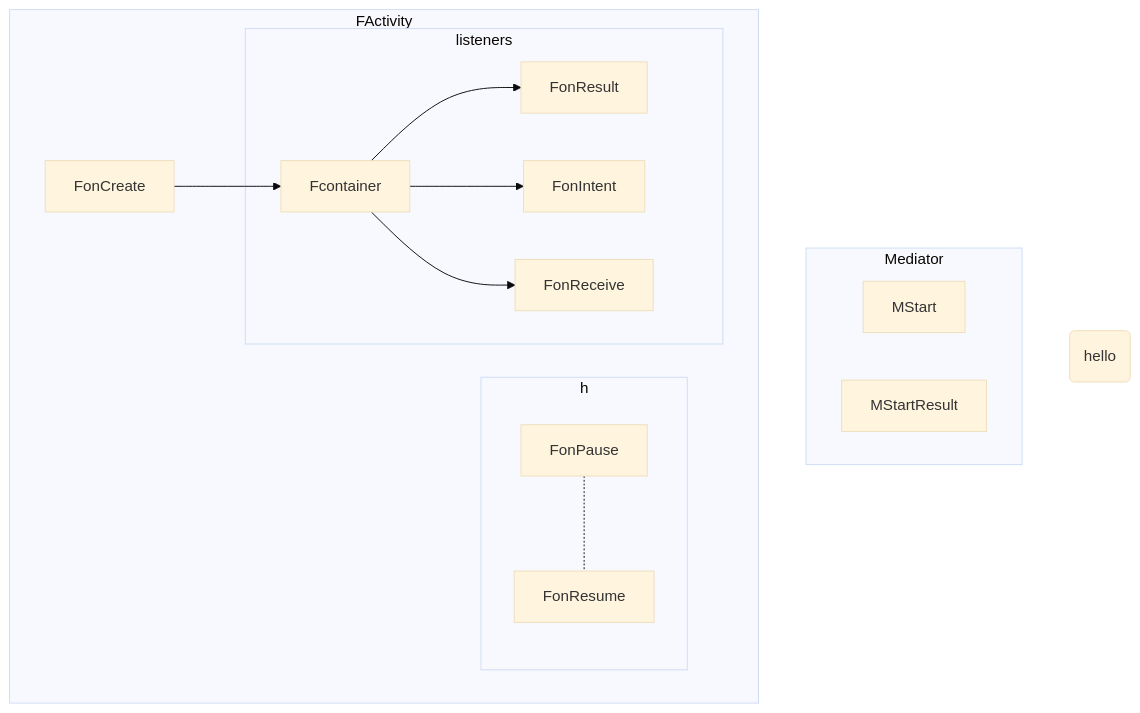
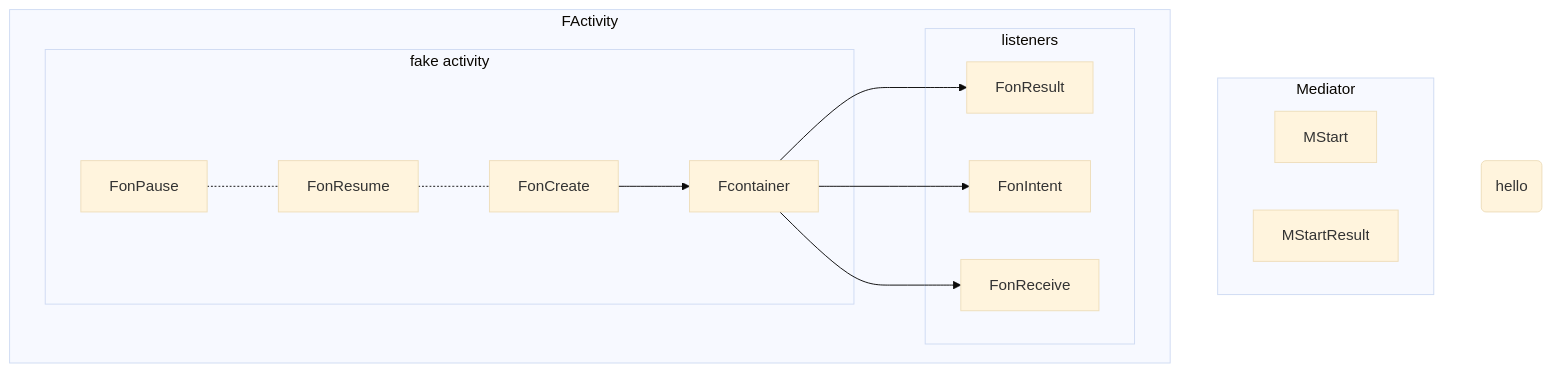
The diagram in flutter/addActivityResultListener.md (gordianknotC/nxp_note), drawn with Mermaid (base theme) before and after one commit. The commit also changed other lines of this file, not shown here.

Commit message:
flutter/addActivityResultListener.md updated from https://stackedit.io/

````diff
--- a/flutter/addActivityResultListener.md
+++ b/flutter/addActivityResultListener.md
@@ -11,30 +11,33 @@
 ```mermaid
 graph TB
 	S(hello)
 	subgraph Mediator
 		MStart
 		MStartResult
 	end
 	subgraph FActivity
 		FonCreate
 		FonPause 
 		FonResume 
 		FonResult 
 		FonIntent 
 		FonReceive 
-		FonCreate --> Fcontainer
-		subgraph h
+		
+		subgraph fake activity
 			FonPause -.- FonResume
+			FonResume -.- FonCreate
+			FonCreate --> Fcontainer
 		end
+		
 		subgraph listeners
 			Fcontainer --> FonIntent
 			Fcontainer --> FonResult
 			Fcontainer --> FonReceive
 		end
 		
 		
 		
 	end
 
 
 ```
````
